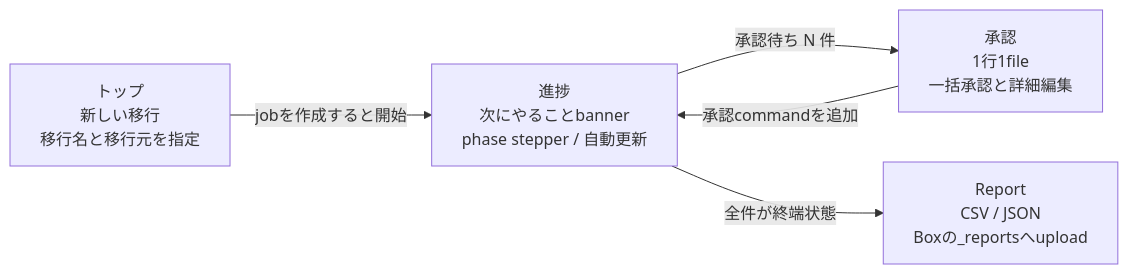
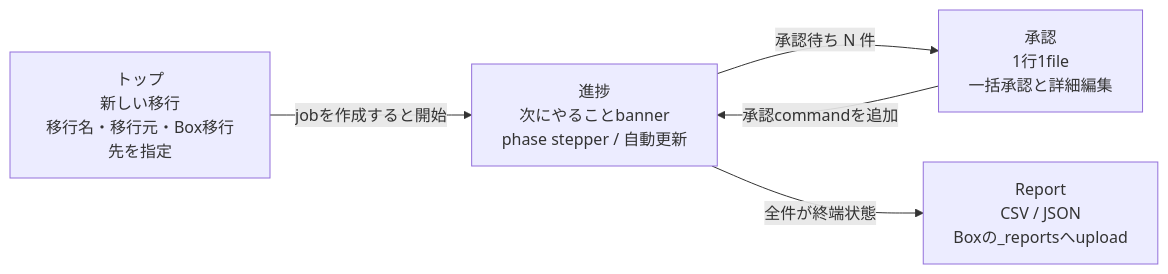
The fifth of 6 diagrams in README.md (moodblu3-sys/shuttle-lite), drawn with Mermaid before and after one commit. The commit also changed other lines of this file and 38 other files, not shown here.

````diff
--- a/README.md
+++ b/README.md
@@ -171,12 +171,12 @@
 ```mermaid
 flowchart LR
-  home["トップ<br/>新しい移行<br/>移行名と移行元を指定"]
+  home["トップ<br/>新しい移行<br/>移行名・移行元・Box移行先を指定"]
   progress["進捗<br/>次にやることbanner<br/>phase stepper / 自動更新"]
   review["承認<br/>1行1file<br/>一括承認と詳細編集"]
   report["Report<br/>CSV / JSON<br/>Boxの_reportsへupload"]
 
   home -->|"jobを作成すると開始"| progress
   progress -->|"承認待ち N 件"| review
   review -->|"承認commandを追加"| progress
   progress -->|"全件が終端状態"| report
 ```
````
